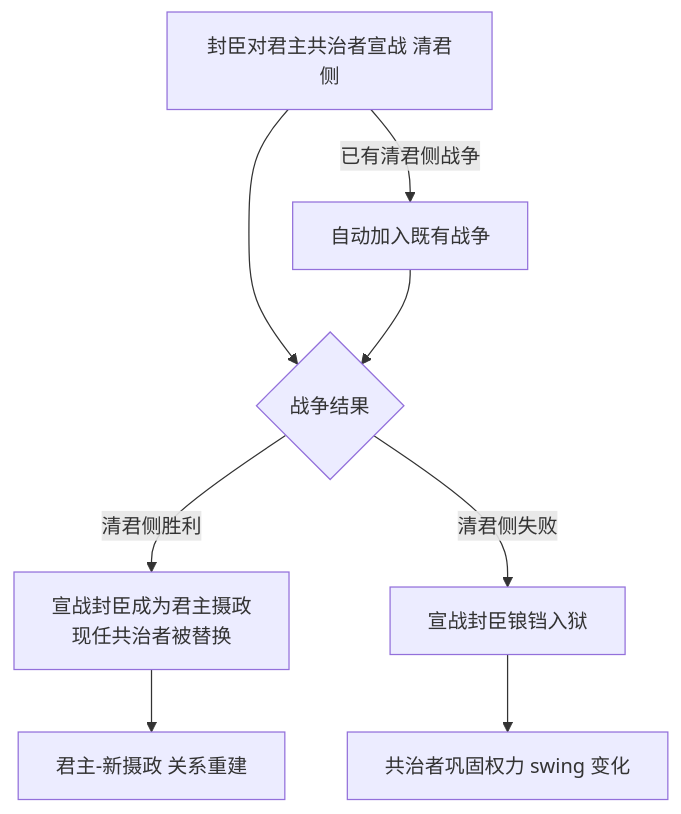
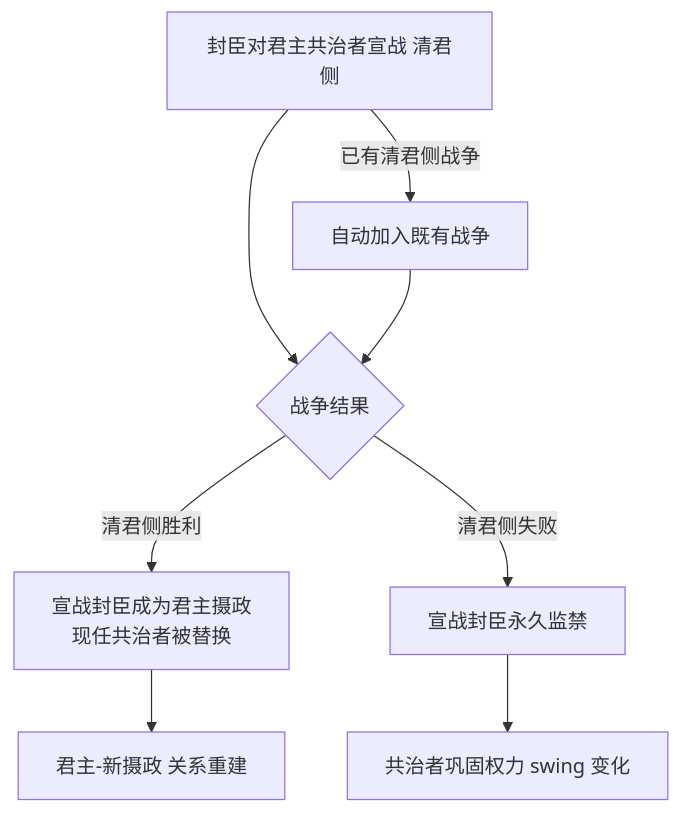
One commit to FeronCompany/ck3_for_the_realm changed the fourth of 4 diagrams in document/task_design/03-共治者机制强化设计.md. Above: the diagram before and after it, drawn with Mermaid. The commit also changed other lines of this file and 30 other files, not shown here.

````diff
--- a/document/task_design/03-共治者机制强化设计.md
+++ b/document/task_design/03-共治者机制强化设计.md
@@ -250,10 +277,10 @@
 ```mermaid
 flowchart TD
     P[封臣对君主共治者宣战 清君侧] --> Q{战争结果}
     Q -- 清君侧胜利 --> R[宣战封臣成为君主摄政<br/>现任共治者被替换]
-    Q -- 清君侧失败 --> S[宣战封臣锒铛入狱]
+    Q -- 清君侧失败 --> S[宣战封臣永久监禁]
     R --> T[君主-新摄政 关系重建]
     S --> U[共治者巩固权力 swing 变化]
     P -- 已有清君侧战争 --> J[自动加入既有战争]
     J --> Q
 ```
````
